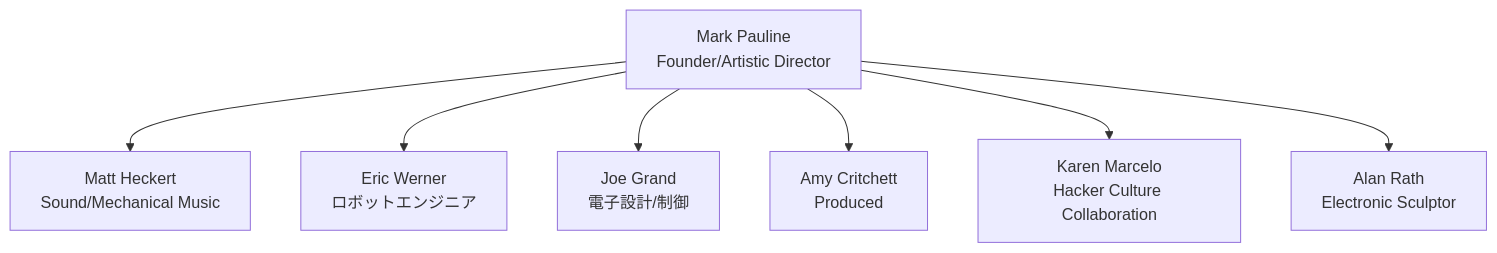
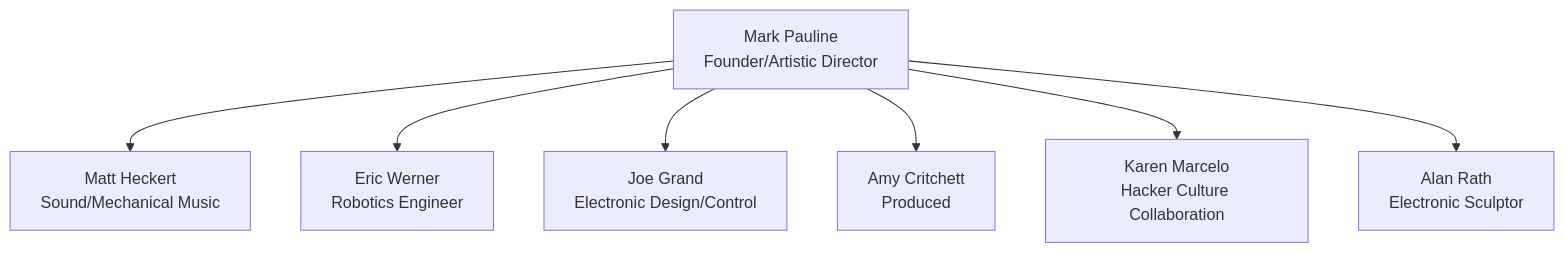
Before and after one commit to monumental-movement/monumental-movement.github.io: the diagram in en/_posts/2025-10-01-Column-Survival-Research-Laboratories.md, drawn with Mermaid. The commit also changed other lines of this file and 851 other files, not shown here.

```diff
--- a/en/_posts/2025-10-01-Column-Survival-Research-Laboratories.md
+++ b/en/_posts/2025-10-01-Column-Survival-Research-Laboratories.md
@@ -109,9 +109,9 @@
 <div class="mermaid">
 flowchart TD
     A[Mark Pauline<br>Founder/Artistic Director] --> B[Matt Heckert<br>Sound/Mechanical Music]
-    A --> C[Eric Werner<br>ロボットエンジニア]
-    A --> D[Joe Grand<br>電子設計/制御]
+    A --> C[Eric Werner<br>Robotics Engineer]
+    A --> D[Joe Grand<br>Electronic Design/Control]
     A --> E[Amy Critchett<br>Produced]
     A --> F[Karen Marcelo<br>Hacker Culture Collaboration]
     A --> G[Alan Rath<br>Electronic Sculptor]
 </div>
```
